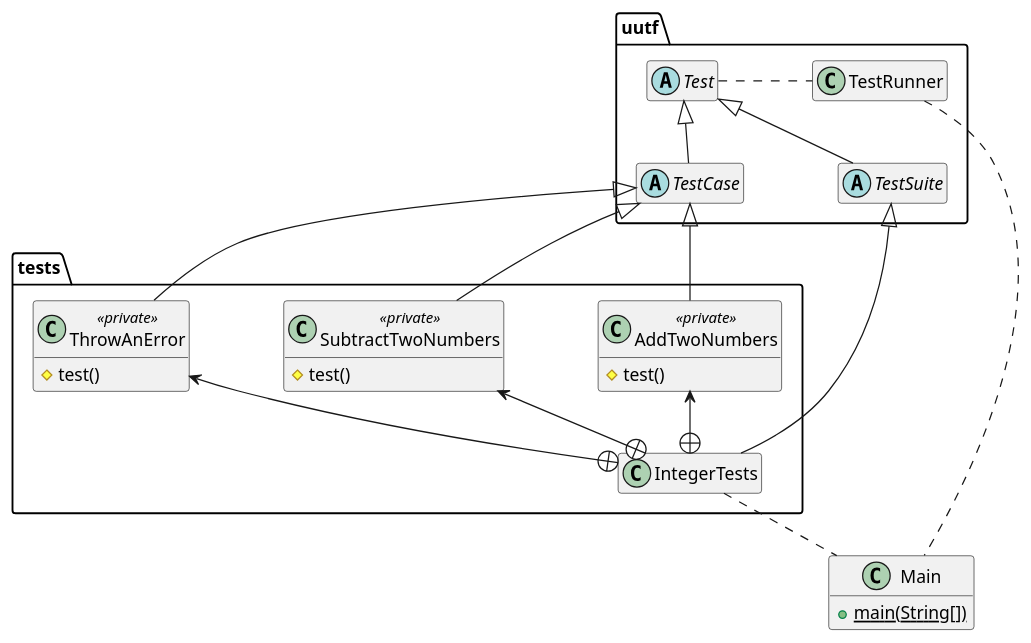
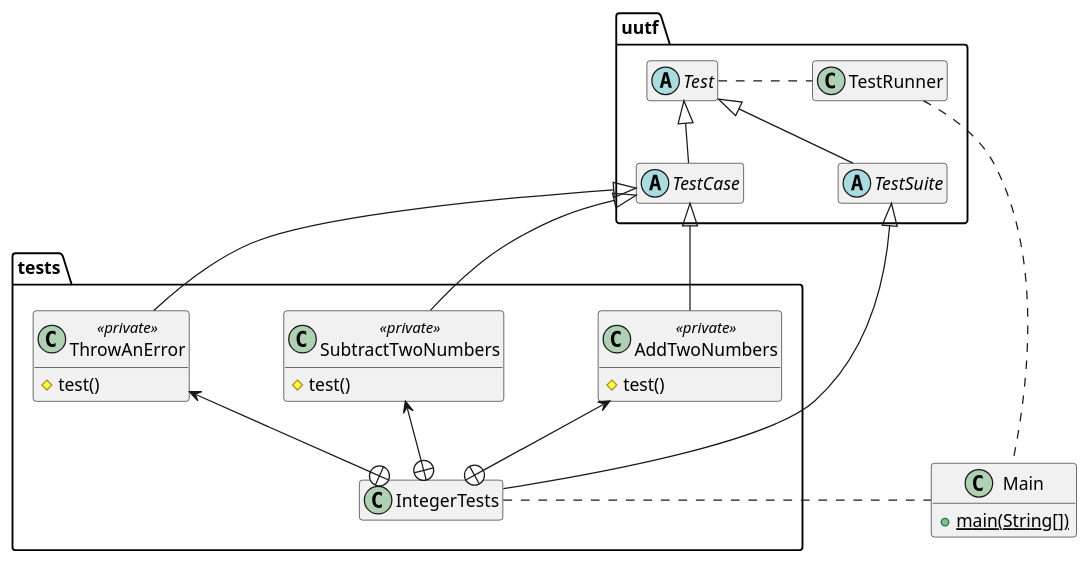
Before and after one commit to ace-lectures/inf5153-junit-demo: the diagram in docs/uml/4_test_composite_example.puml, drawn with PlantUML. The commit also changed 24 other files, not shown here.

```diff
--- a/docs/uml/4_test_composite_example.puml
+++ b/docs/uml/4_test_composite_example.puml
@@ -1,58 +1,58 @@
 @startuml
 
 skinparam nodesep 75
 skinparam ranksep 50
 hide empty members
 
 
 
 package uutf {
 
   abstract class Test
   abstract class TestCase
   abstract class TestSuite
   Test <|-- TestCase
   Test <|-- TestSuite
   Test . TestRunner
   class TestRunner
 
 }
 
 package tests {
 
   class AddTwoNumbers <<private>> {
     # test()
   }
 
-  class SubtractTwoNumbers <<private>> {
-    # test()
-  }
-
   class ThrowAnError <<private>> {
     # test()
   }
 
-  class IntegerTests
-
+  together {
+    class SubtractTwoNumbers <<private>> {
+      # test()
+    }
+    class IntegerTests
+  }
 
 }
 
 TestCase <|-- AddTwoNumbers
 TestCase <|-- SubtractTwoNumbers
 TestCase <|-- ThrowAnError
 TestSuite <|-- IntegerTests
 
 AddTwoNumbers <--+ IntegerTests
 SubtractTwoNumbers <--+ IntegerTests
 ThrowAnError <--+ IntegerTests
 
 class Main {
   + {static} main(String[])
 }
 
 
-IntegerTests .. Main
+IntegerTests . Main
 TestRunner .. Main
 
 
 @enduml
```
